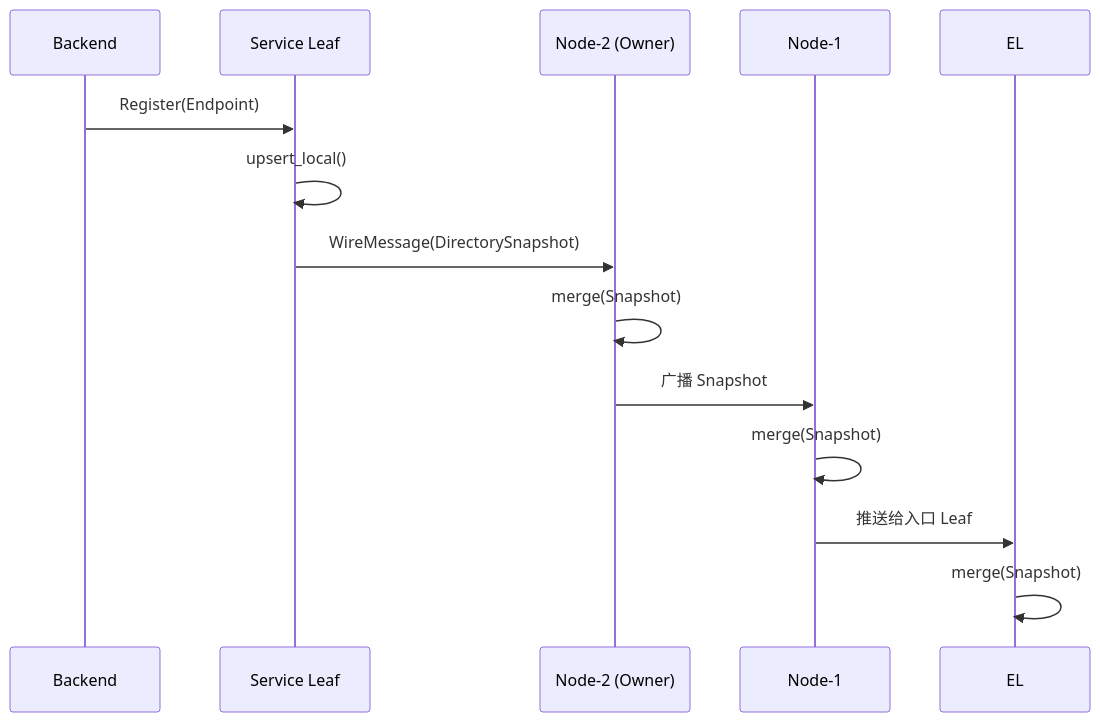
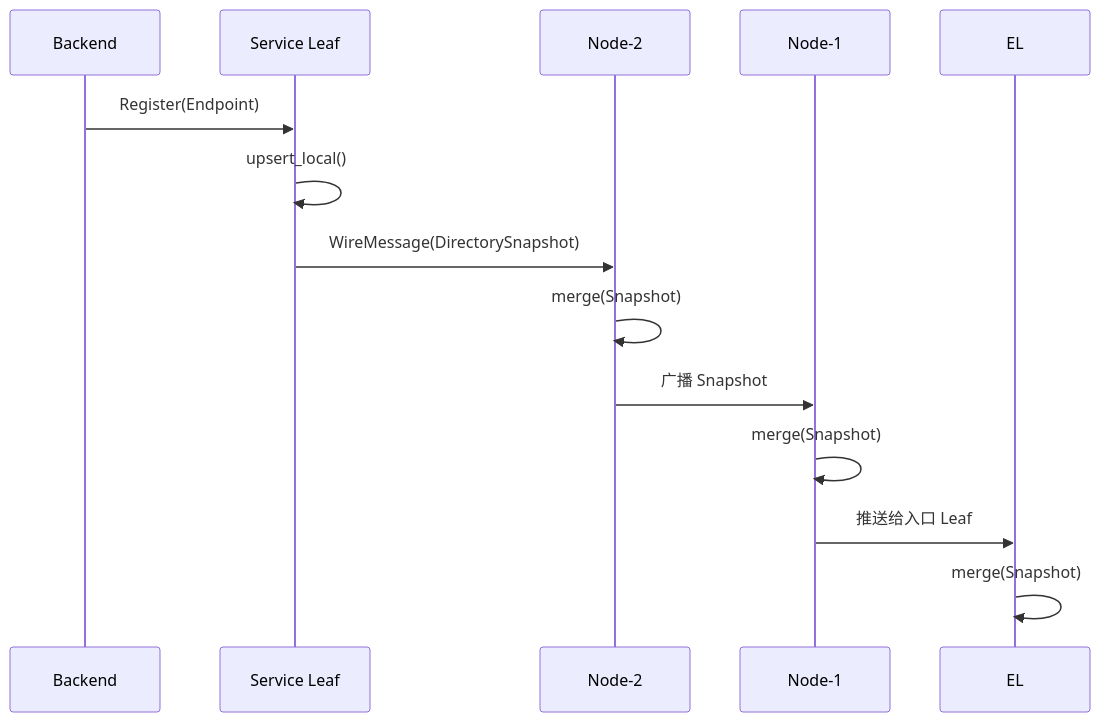
The fifth of 9 diagrams in docs/architecture.md (arrayforward/creek), drawn with Mermaid before and after one commit. The commit also changed other lines of this file and 2 other files, not shown here.

First line of the commit message:
fix: remove mermaid br tags causing GitHub render failure

````diff
--- a/docs/architecture.md
+++ b/docs/architecture.md
@@ -265,16 +245,16 @@
 ```mermaid
 sequenceDiagram
     participant B as Backend
     participant SL as Service Leaf
-    participant N2 as Node-2 (Owner)
+    participant N2 as Node-2
     participant N1 as Node-1
 
     B->>SL: Register(Endpoint)
     SL->>SL: upsert_local()
     SL->>N2: WireMessage(DirectorySnapshot)
     N2->>N2: merge(Snapshot)
     N2->>N1: 广播 Snapshot
     N1->>N1: merge(Snapshot)
     N1->>EL: 推送给入口 Leaf
     EL->>EL: merge(Snapshot)
 ```
````
